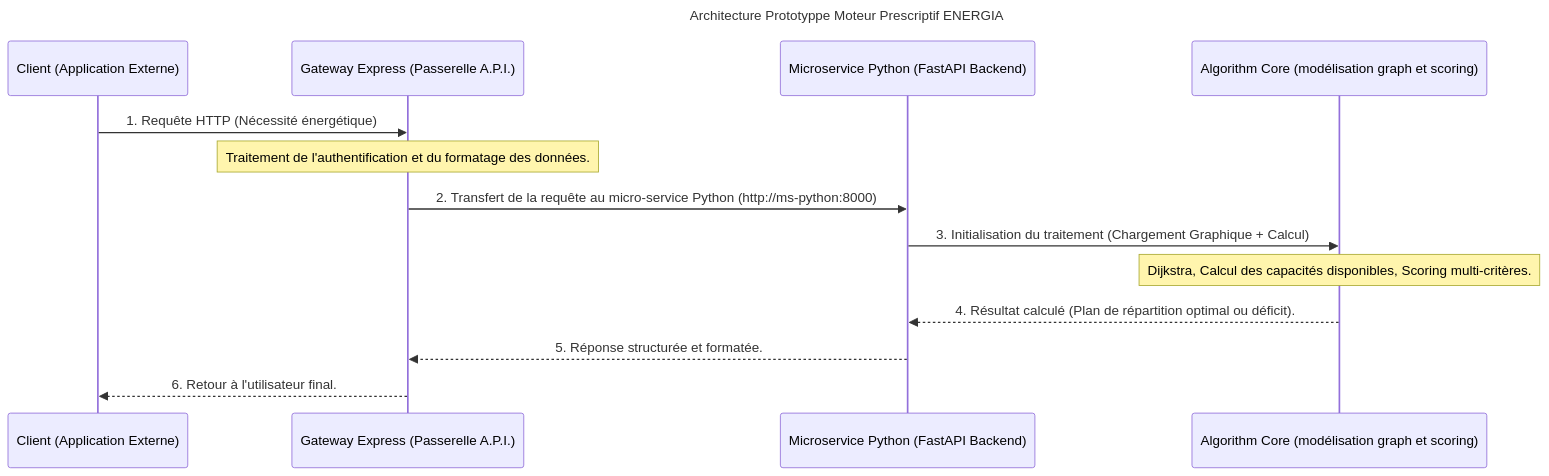
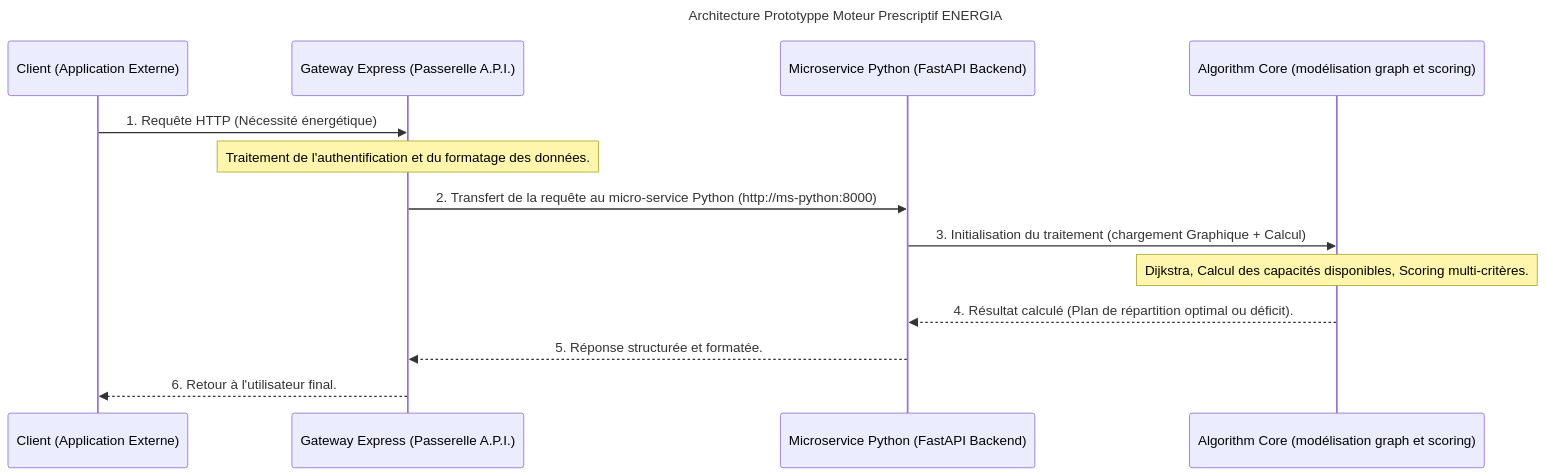
One commit to tomtoomuch/energIA-prescription-nationale changed the first of 2 diagrams in README.md. Above: the diagram before and after it, drawn with Mermaid. The commit also changed other lines of this file and 13 other files, not shown here.

````diff
--- a/README.md
+++ b/README.md
@@ -38,21 +38,21 @@
 ```mermaid
 ---
 config:
   layout: elk
 title: Architecture Prototyppe Moteur Prescriptif ENERGIA
 ---
 sequenceDiagram
 participant C as Client (Application Externe)
 participant G as Gateway Express (Passerelle A.P.I.)
 participant P as Microservice Python (FastAPI Backend)
 participant A as Algorithm Core (modélisation graph et scoring)
 
 C->>G: 1. Requête HTTP (Nécessité énergétique)
 Note over G: Traitement de l'authentification et du formatage des données.
 G->>P: 2. Transfert de la requête au micro-service Python (http://ms-python:8000)
-P->>A: 3. Initialisation du traitement (Chargement Graphique + Calcul)
+P->>A: 3. Initialisation du traitement (chargement Graphique + Calcul)
 Note over A: Dijkstra, Calcul des capacités disponibles, Scoring multi-critères.
 A-->>P: 4. Résultat calculé (Plan de répartition optimal ou déficit).
 P-->>G: 5. Réponse structurée et formatée.
 G-->>C: 6. Retour à l'utilisateur final.
 ```
````
